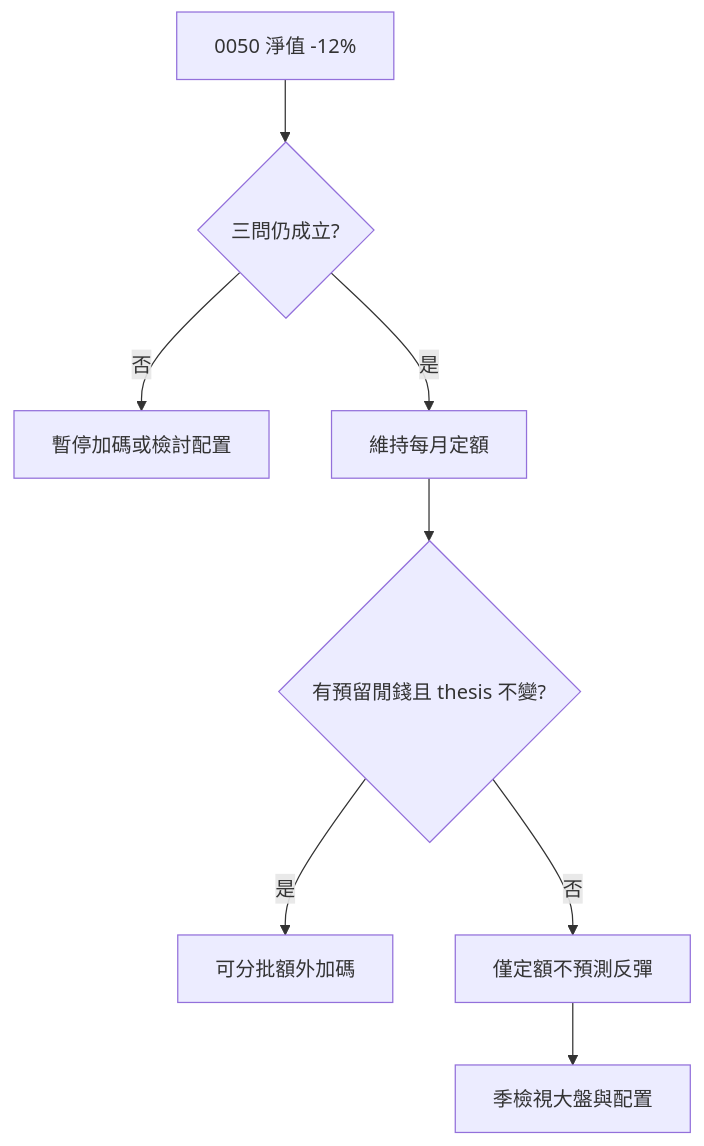
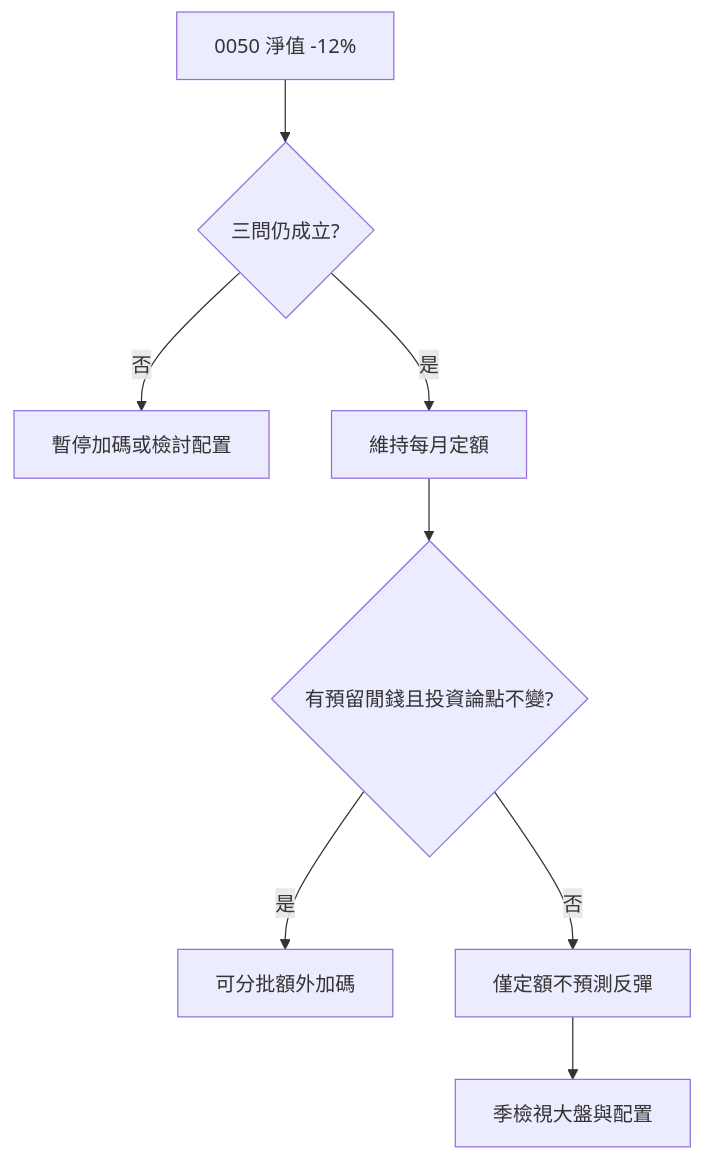
The diagram in docs/07-cases/etf-dca-drawdown.md (skymiku39/stock_school), drawn with Mermaid before and after one commit. The commit also changed other lines of this file and 9 other files, not shown here.

````diff
--- a/docs/07-cases/etf-dca-drawdown.md
+++ b/docs/07-cases/etf-dca-drawdown.md
@@ -54,10 +54,10 @@
 ```mermaid
 flowchart TD
     A[0050 淨值 -12%] --> B{三問仍成立?}
     B -->|否| C[暫停加碼或檢討配置]
     B -->|是| D[維持每月定額]
-    D --> E{有預留閒錢且 thesis 不變?}
+    D --> E{有預留閒錢且投資論點不變?}
     E -->|是| F[可分批額外加碼]
     E -->|否| G[僅定額不預測反彈]
     G --> H[季檢視大盤與配置]
 ```
````
